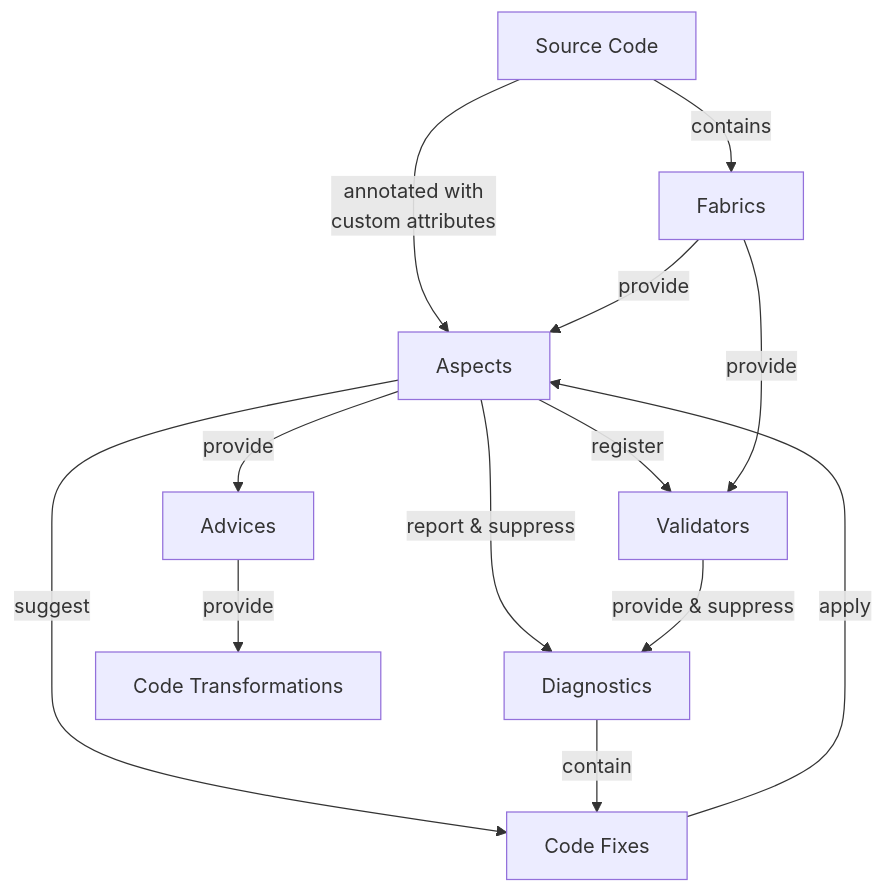
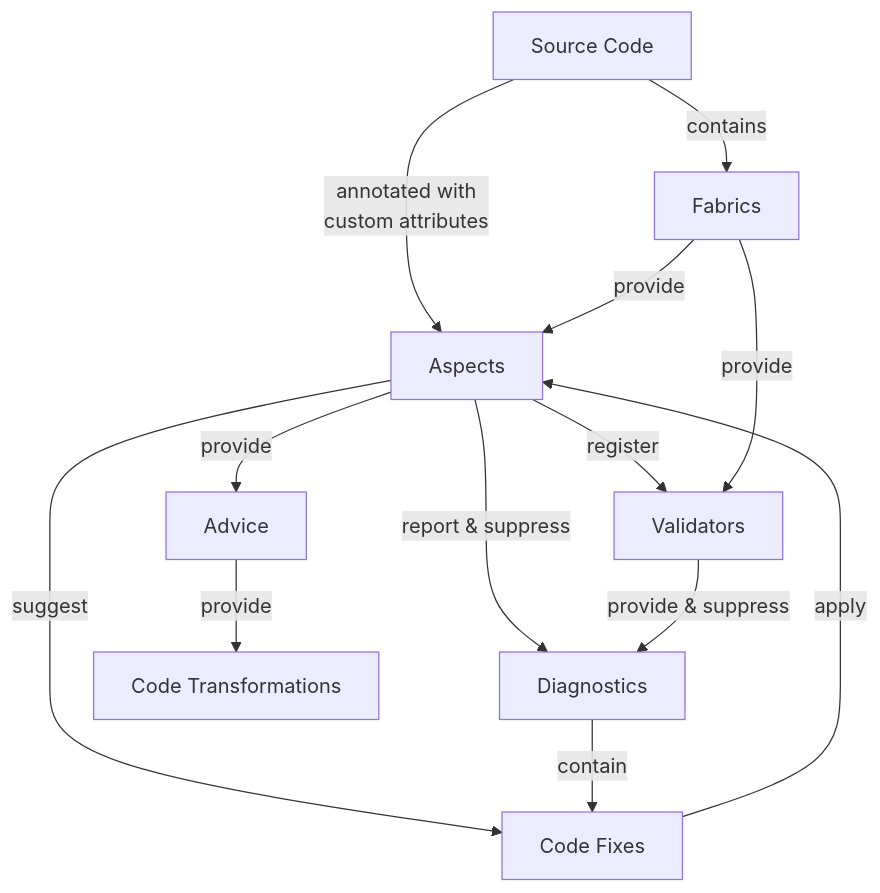
The diagram in conceptual/Aspects/architecture/architecture.md (postsharp/Metalama.Documentation), drawn with Mermaid before and after one commit. The commit also changed 34 other files, not shown here.

````diff
--- a/conceptual/Aspects/architecture/architecture.md
+++ b/conceptual/Aspects/architecture/architecture.md
@@ -7,16 +7,16 @@
 ```mermaid
 flowchart  TB
     Aspects -- report & suppress --> Diagnostics
     Aspects -- register --> Validators
     Aspects -- suggest --> CodeFixes
-    Aspects -- provide --> Advices
-    Advices -- provide --> Transformations[Code Transformations]
+    Aspects -- provide --> Advice
+    Advice -- provide --> Transformations[Code Transformations]
     SourceCode[Source Code] -- annotated with<br>custom attributes --> Aspects
     SourceCode -- contains --> Fabrics
     Fabrics -- provide --> Aspects
     Fabrics -- provide --> Validators
     Validators -- provide & suppress--> Diagnostics
     Diagnostics -- contain --> CodeFixes
     CodeFixes[Code Fixes] -- apply --> Aspects
    
 ```
````
